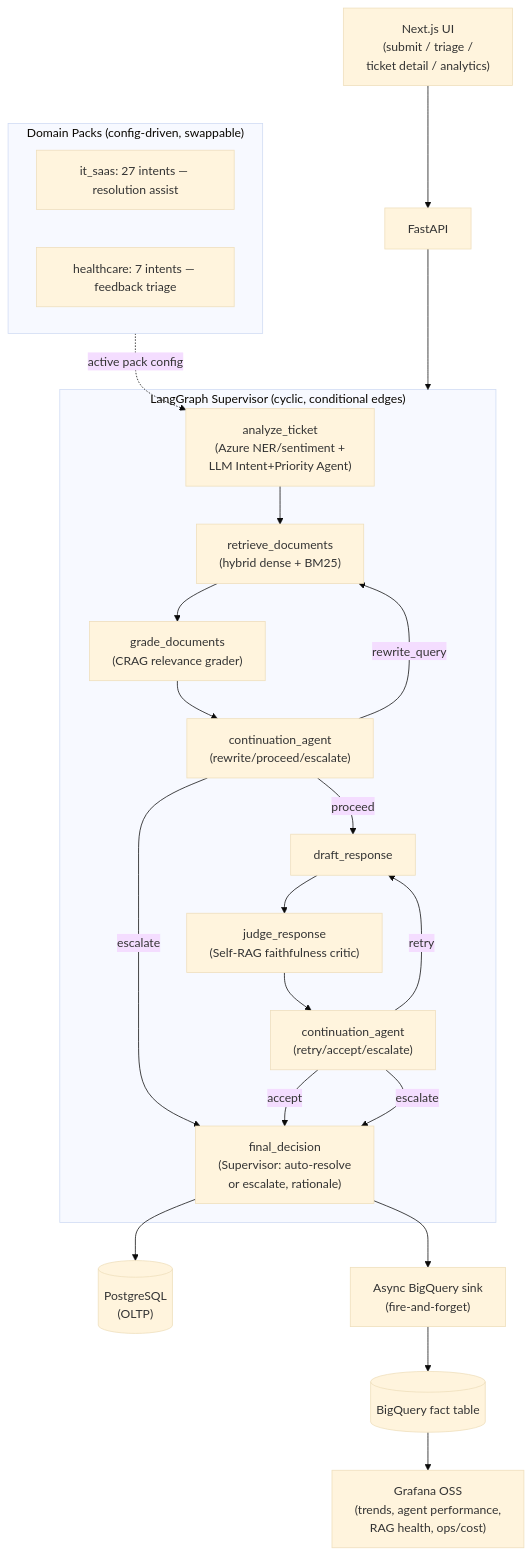
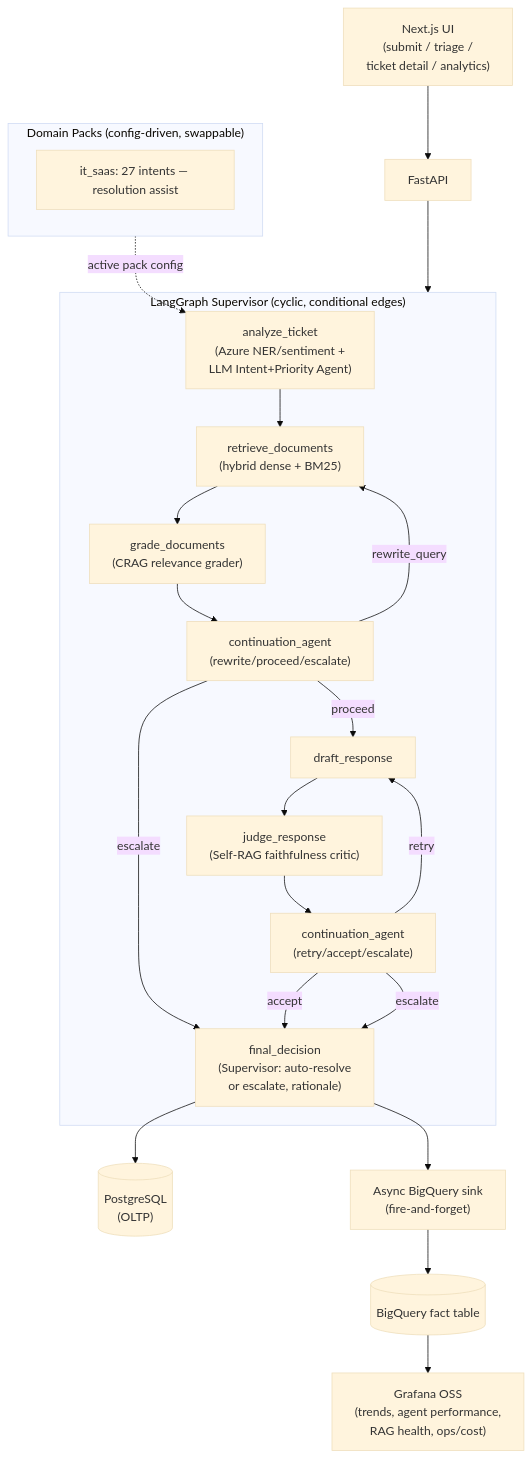
The diagram in README.md (pallavisharma6802/Multi-Cloud-AI-Agent-for-Ticket-Resolution), drawn with Mermaid (base theme) before and after one commit. The commit also changed other lines of this file and 162 other files, not shown here.

First line of the commit message:
Remove healthcare domain pack

````diff
--- a/README.md
+++ b/README.md
@@ -29,37 +29,36 @@
 ```mermaid
 flowchart TB
     subgraph domainPacks ["Domain Packs (config-driven, swappable)"]
         itPack["it_saas: 27 intents — resolution assist"]
-        healthPack["healthcare: 7 intents — feedback triage"]
     end
 
     subgraph agenticGraph ["LangGraph Supervisor (cyclic, conditional edges)"]
         analyze["analyze_ticket\n(Azure NER/sentiment +\nLLM Intent+Priority Agent)"]
         retrieve["retrieve_documents\n(hybrid dense + BM25)"]
         grade["grade_documents\n(CRAG relevance grader)"]
         cont1["continuation_agent\n(rewrite/proceed/escalate)"]
         draft["draft_response"]
         judge["judge_response\n(Self-RAG faithfulness critic)"]
         cont2["continuation_agent\n(retry/accept/escalate)"]
         final["final_decision\n(Supervisor: auto-resolve\nor escalate, rationale)"]
 
         analyze --> retrieve --> grade --> cont1
         cont1 -->|rewrite_query| retrieve
         cont1 -->|proceed| draft
         cont1 -->|escalate| final
         draft --> judge --> cont2
         cont2 -->|retry| draft
         cont2 -->|accept| final
         cont2 -->|escalate| final
     end
 
     domainPacks -.->|active pack config| analyze
 
     final --> postgres[("PostgreSQL\n(OLTP)")]
     final --> bqSink["Async BigQuery sink\n(fire-and-forget)"]
     bqSink --> bigquery[("BigQuery fact table")]
     bigquery --> grafana["Grafana OSS\n(trends, agent performance,\nRAG health, ops/cost)"]
 
     ui["Next.js UI\n(submit / triage /\nticket detail / analytics)"] --> api["FastAPI"]
     api --> agenticGraph
 ```
````
